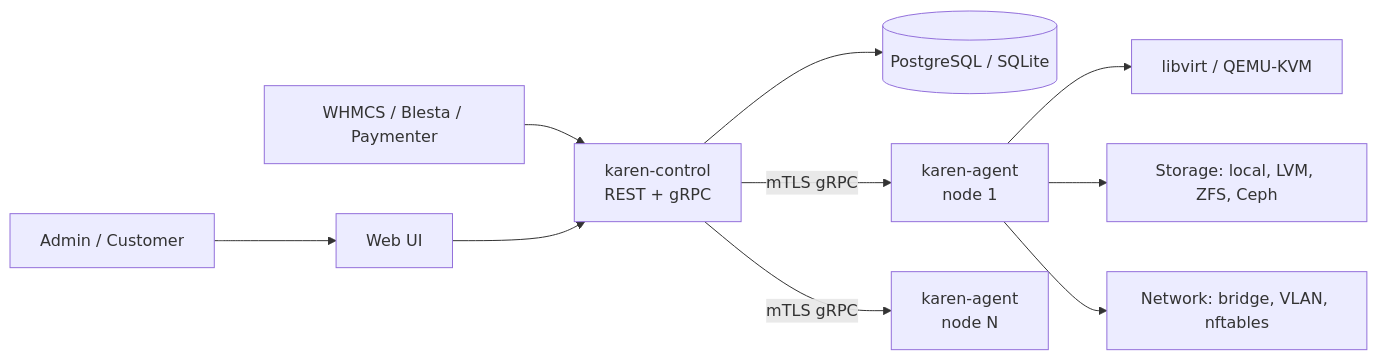
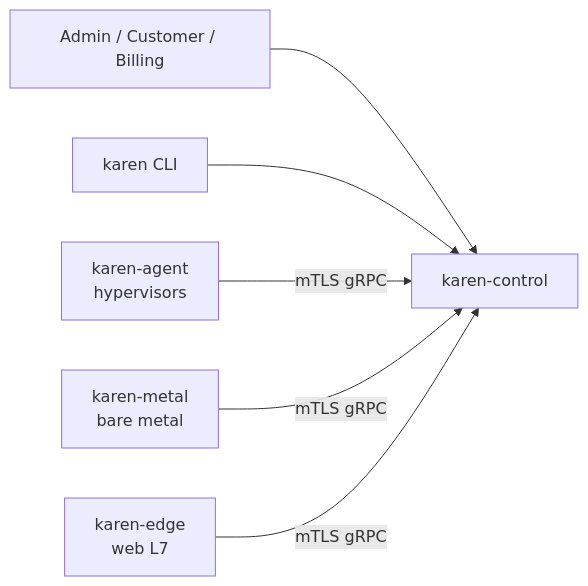
Before and after one commit to vkdprojects/karen: the diagram in README.md, drawn with Mermaid. The commit also changed other lines of this file and 8 other files, not shown here.

Commit message:
docs: infra research, architecture decisions, roadmap for VPS/metal/web

````diff
--- a/README.md
+++ b/README.md
@@ -36,12 +37,8 @@
 ```mermaid
 flowchart LR
-  U[Admin / Customer] --> W[Web UI]
-  B[WHMCS / Blesta / Paymenter] --> API
-  W --> API[karen-control<br/>REST + gRPC]
-  API --> DB[(PostgreSQL / SQLite)]
-  API -- mTLS gRPC --> A1[karen-agent<br/>node 1]
-  API -- mTLS gRPC --> A2[karen-agent<br/>node N]
-  A1 --> L1[libvirt / QEMU-KVM]
-  A1 --> S1[Storage: local, LVM, ZFS, Ceph]
-  A1 --> N1[Network: bridge, VLAN, nftables]
+  U[Admin / Customer / Billing] --> C[karen-control]
+  CLI[karen CLI] --> C
+  A[karen-agent<br/>hypervisors] -- mTLS gRPC --> C
+  M[karen-metal<br/>bare metal] -- mTLS gRPC --> C
+  E[karen-edge<br/>web L7] -- mTLS gRPC --> C
 ```
````
